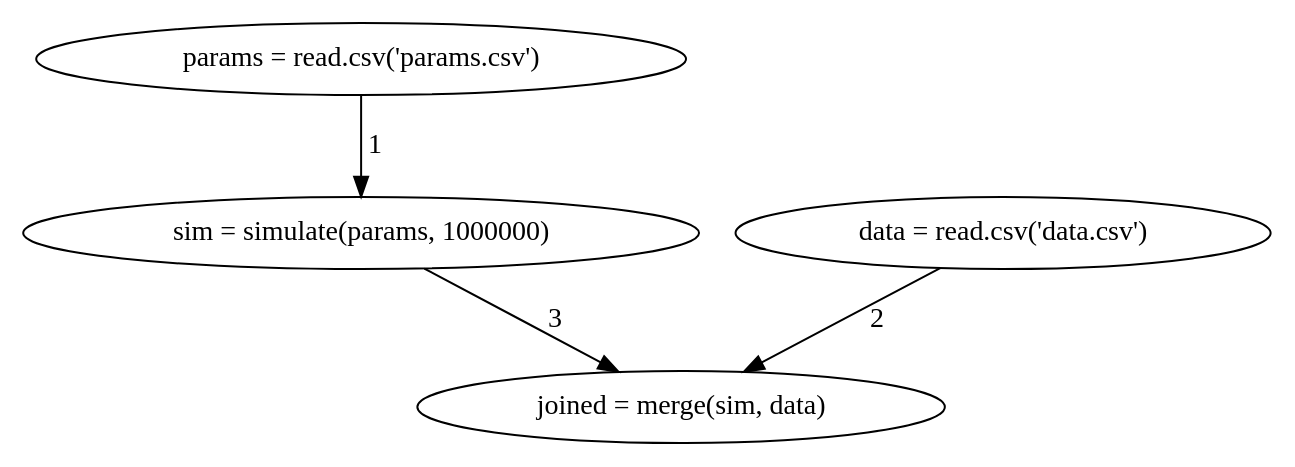
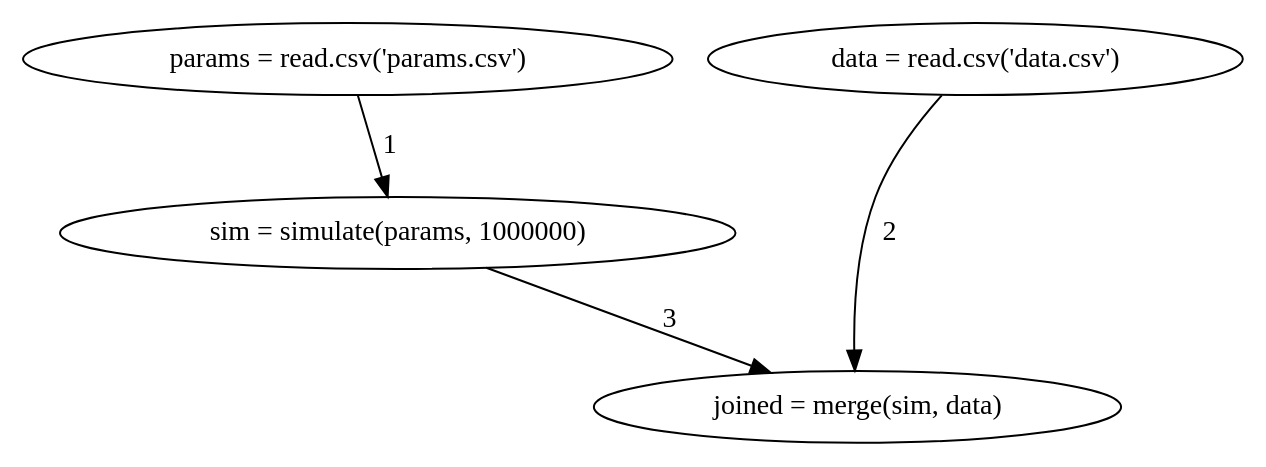
The diagram in proposal/codegraph.dot (clarkfitzg/phd_research), drawn with Graphviz before and after one commit. The commit also changed 3 other files, not shown here.

```diff
--- a/proposal/codegraph.dot
+++ b/proposal/codegraph.dot
@@ -1,12 +1,15 @@
 digraph G {
 #rankdir = LR;
 
 L1[label = "params = read.csv('params.csv')"];
 L2[label = "data = read.csv('data.csv')"];
 L3[label = "sim = simulate(params, 1000000)"];
 L4[label = "joined = merge(sim, data)"];
+X[style = invis ];
 
+L2 -> X[style = invis];
+X -> L4[style = invis];
 L1 -> L3 [label = " 1"];
 L2 -> L4 [label = " 2"];
 L3 -> L4 [label = " 3"];
 }
```
